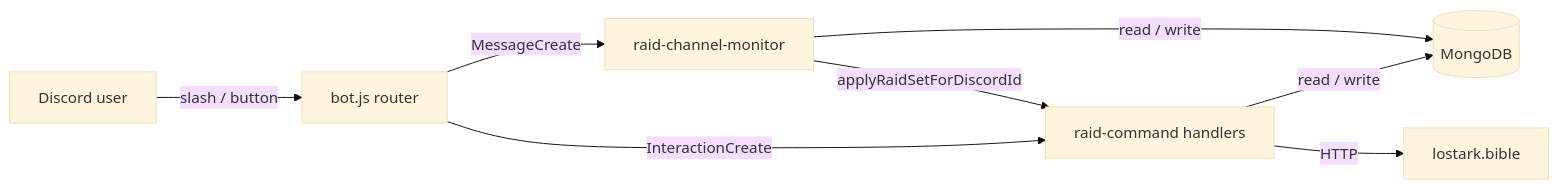
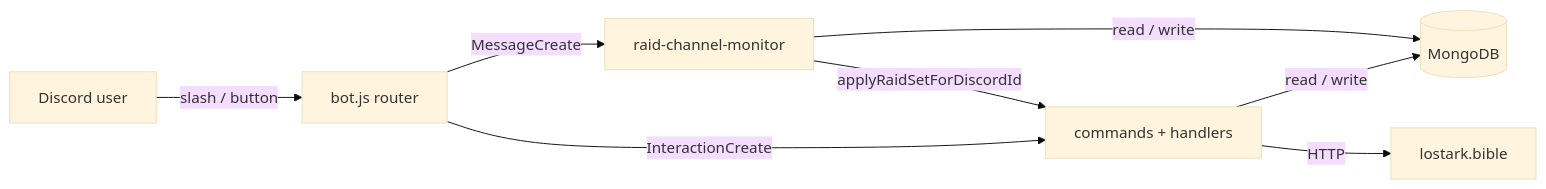
One commit to dreamsofdolls/lostarkbotmanageraid changed the second of 2 diagrams in README.md. Above: the diagram before and after it, drawn with Mermaid (base theme). The commit also changed other lines of this file and 101 other files, not shown here.

````diff
--- a/README.md
+++ b/README.md
@@ -220,10 +192,10 @@
 ```mermaid
 flowchart LR
   U[Discord user] -->|slash / button| B[bot.js router]
-  B -->|InteractionCreate| RC[raid-command handlers]
+  B -->|InteractionCreate| RC[commands + handlers]
   B -->|MessageCreate| RM[raid-channel-monitor]
   RC -->|read / write| DB[(MongoDB)]
   RM -->|read / write| DB
   RC -->|HTTP| BIB[lostark.bible]
   RM -->|applyRaidSetForDiscordId| RC
 ```
````
